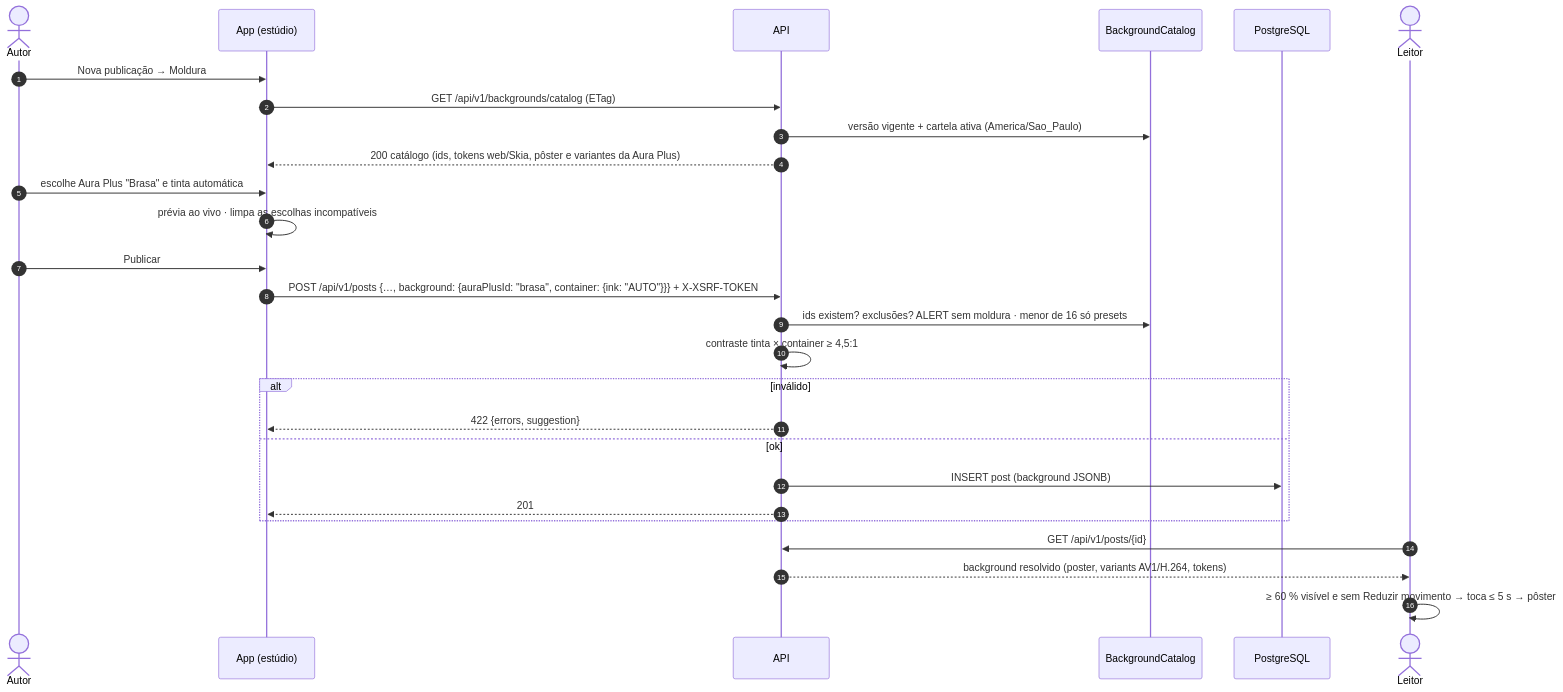
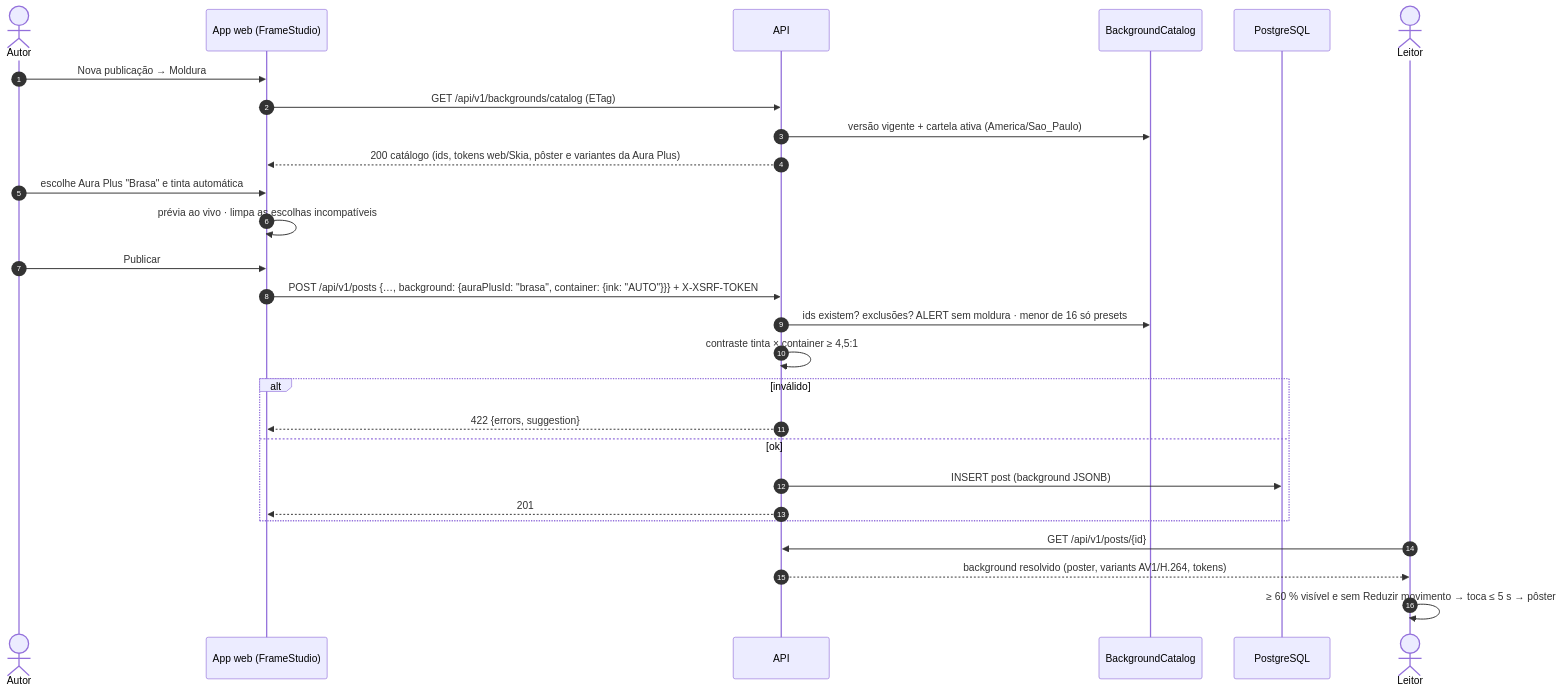
Before and after one commit to MatheusHaliski/orange_social_velion: the second of 6 diagrams in docs/rf/RF28-moldura-post.md, drawn with Mermaid. The commit also changed other lines of this file and 14 other files, not shown here.

````diff
--- a/docs/rf/RF28-moldura-post.md
+++ b/docs/rf/RF28-moldura-post.md
@@ -102,30 +111,30 @@
 ```mermaid
 sequenceDiagram
     autonumber
     actor A as Autor
-    participant APP as App (estúdio)
+    participant APP as App web (FrameStudio)
     participant API as API
     participant CAT as BackgroundCatalog
     participant PG as PostgreSQL
     actor L as Leitor
 
     A->>APP: Nova publicação → Moldura
     APP->>API: GET /api/v1/backgrounds/catalog (ETag)
     API->>CAT: versão vigente + cartela ativa (America/Sao_Paulo)
     API-->>APP: 200 catálogo (ids, tokens web/Skia, pôster e variantes da Aura Plus)
     A->>APP: escolhe Aura Plus "Brasa" e tinta automática
     APP->>APP: prévia ao vivo · limpa as escolhas incompatíveis
     A->>APP: Publicar
     APP->>API: POST /api/v1/posts {…, background: {auraPlusId: "brasa", container: {ink: "AUTO"}}} + X-XSRF-TOKEN
     API->>CAT: ids existem? exclusões? ALERT sem moldura · menor de 16 só presets
     API->>API: contraste tinta × container ≥ 4,5:1
     alt inválido
         API-->>APP: 422 {errors, suggestion}
     else ok
         API->>PG: INSERT post (background JSONB)
         API-->>APP: 201
     end
     L->>API: GET /api/v1/posts/{id}
     API-->>L: background resolvido (poster, variants AV1/H.264, tokens)
     L->>L: ≥ 60 % visível e sem Reduzir movimento → toca ≤ 5 s → pôster
 ```
````
